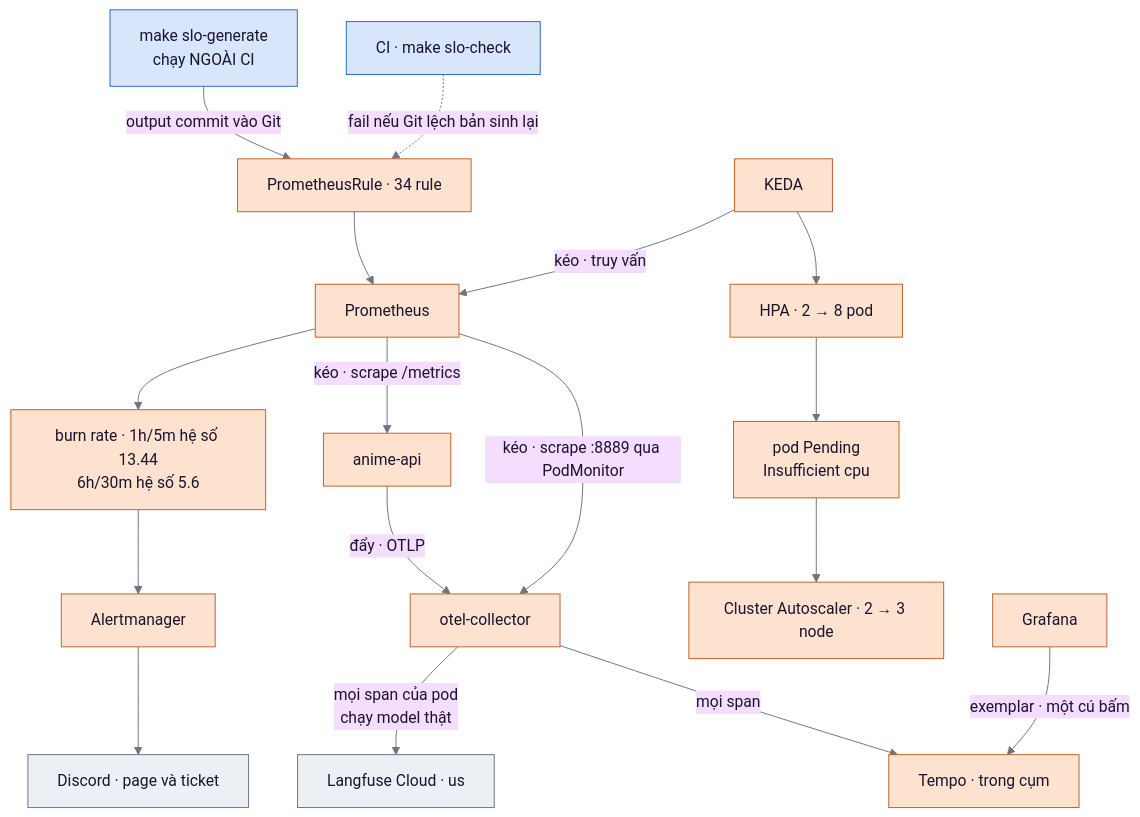
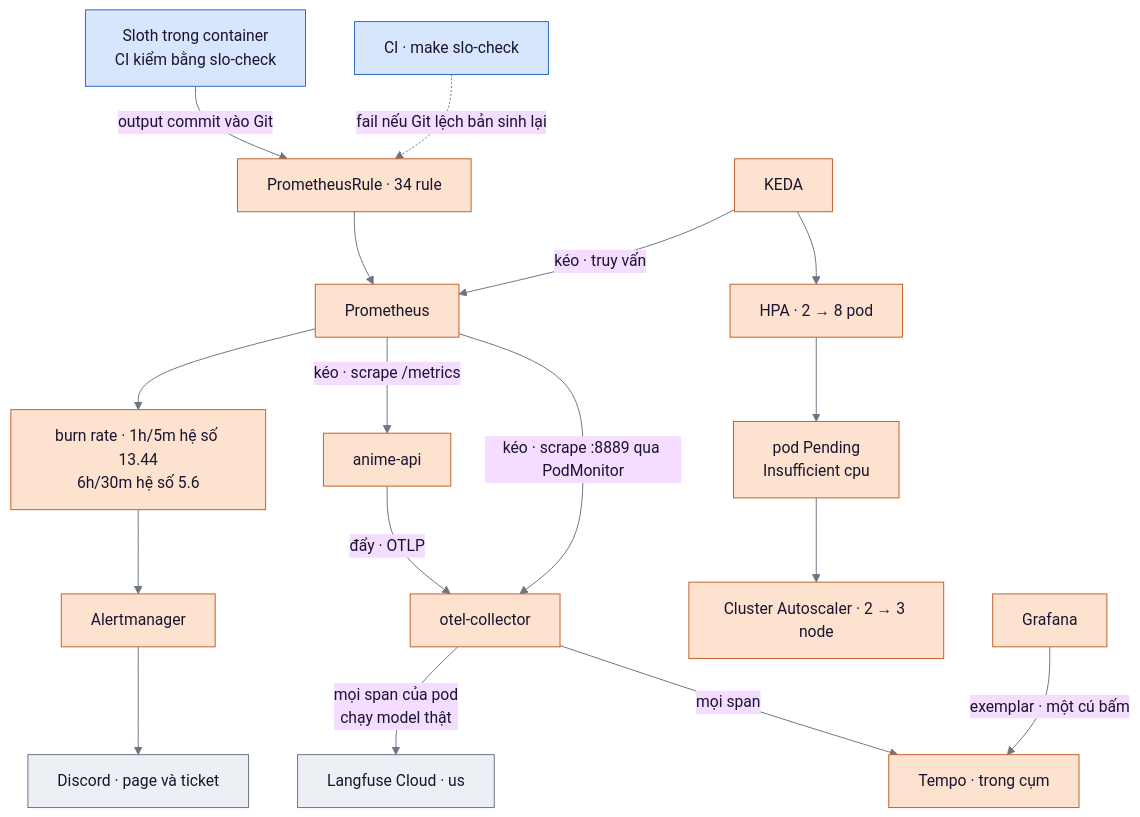
One commit to biabeogo147/Anime-Recommender changed the third of 7 diagrams in docs/interview/architecture.md. Above: the diagram before and after it, drawn with Mermaid. The commit also changed other lines of this file and 3 other files, not shown here.

````diff
--- a/docs/interview/architecture.md
+++ b/docs/interview/architecture.md
@@ -122,29 +122,29 @@
 ```mermaid
 %%{init: {"theme":"base","flowchart":{"useMaxWidth":false},"themeVariables":{"background":"#ffffff","textColor":"#1b1430","lineColor":"#6b7684","primaryTextColor":"#1b1430"}}}%%
 flowchart TB
     API["anime-api"] -->|"đẩy · OTLP"| COL["otel-collector"]
     COL -->|"mọi span"| TEM["Tempo · trong cụm"]
     COL -->|"mọi span của pod<br/>chạy model thật"| LF["Langfuse Cloud · us"]
 
     PROM["Prometheus"] -->|"kéo · scrape /metrics"| API
     PROM -->|"kéo · scrape :8889 qua PodMonitor"| COL
-    SLOTH["make slo-generate<br/>chạy NGOÀI CI"] -->|"output commit vào Git"| RULES["PrometheusRule · 34 rule"]
+    SLOTH["Sloth trong container<br/>CI kiểm bằng slo-check"] -->|"output commit vào Git"| RULES["PrometheusRule · 34 rule"]
     RULES --> PROM
     CI["CI · make slo-check"] -.->|"fail nếu Git lệch bản sinh lại"| RULES
 
     PROM --> BURN["burn rate · 1h/5m hệ số 13.44<br/>6h/30m hệ số 5.6"]
     BURN --> AM["Alertmanager"] --> DIS["Discord · page và ticket"]
 
     KEDA["KEDA"] -->|"kéo · truy vấn"| PROM
     KEDA --> HPA["HPA · 2 → 8 pod"]
     HPA --> PEND["pod Pending<br/>Insufficient cpu"] --> CA["Cluster Autoscaler · 2 → 3 node"]
 
     GRAF["Grafana"] -->|"exemplar · một cú bấm"| TEM
 
     classDef argo fill:#fde3cf,stroke:#c2602a,color:#1b1430;
     classDef gha fill:#d8e6fb,stroke:#2d6bbf,color:#1b1430;
     classDef ext fill:#eceff3,stroke:#6b7684,color:#1b1430;
     class API,COL,TEM,PROM,RULES,BURN,AM,KEDA,HPA,PEND,CA,GRAF argo
     class SLOTH,CI gha
     class LF,DIS ext
 ```
````
